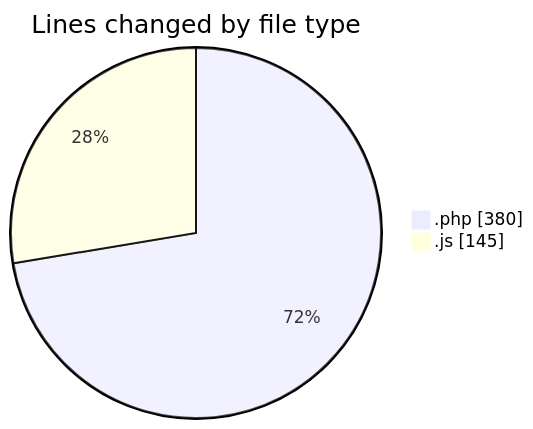
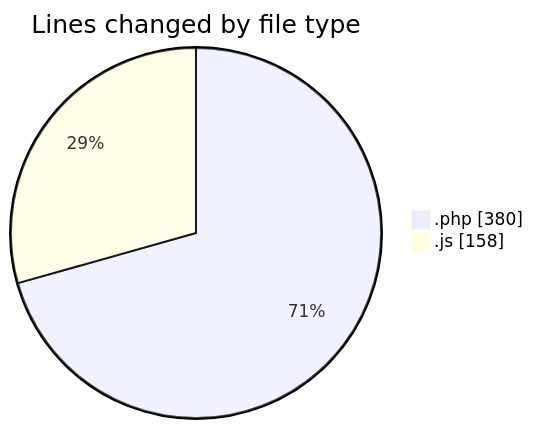
Before and after one commit to LanceThiago/code-tracking: the first of 2 diagrams in 2025-03-26/kml/README.md, drawn with Mermaid. The commit also changed other lines of this file and 1 other file, not shown here.

````diff
--- a/2025-03-26/kml/README.md
+++ b/2025-03-26/kml/README.md
@@ -23,6 +23,6 @@
 ```mermaid
 pie showData
 title Lines changed by file type
 ".php" : 380
-".js" : 145
+".js" : 158
 ```
````
